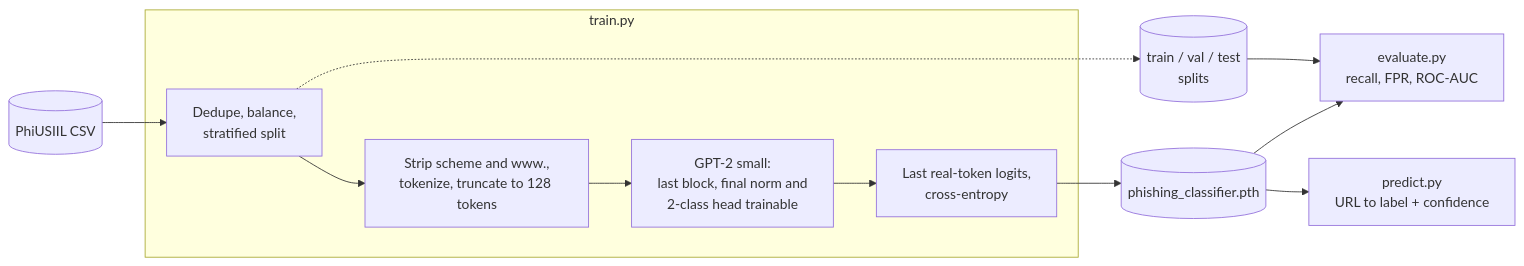
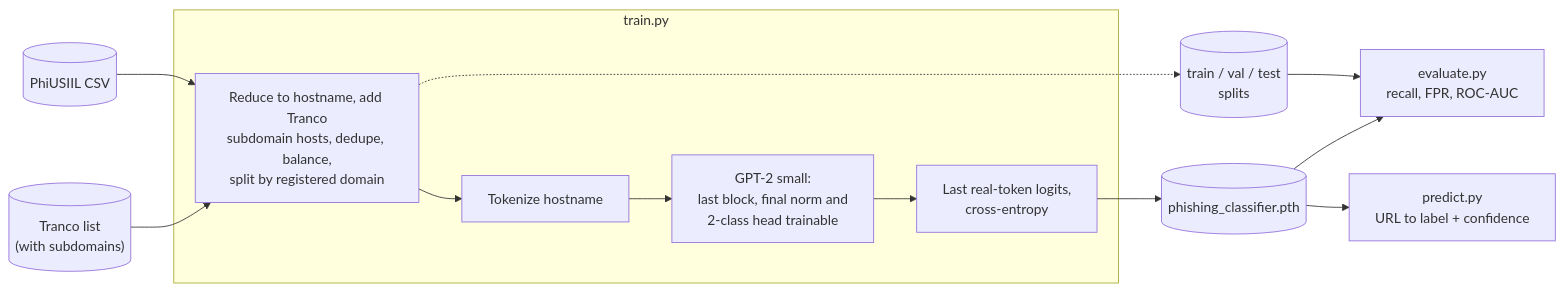
One commit to Kluey/URL-Phishing-Classifier changed the diagram in README.md. Above: the diagram before and after it, drawn with Mermaid. The commit also changed other lines of this file, not shown here.

Commit message:
docs: describe the hostname model, threshold choice and lessons

````diff
--- a/README.md
+++ b/README.md
@@ -27,17 +30,18 @@
 ```mermaid
 flowchart LR
     raw[("PhiUSIIL CSV")] --> prep
+    tranco[("Tranco list<br/>(with subdomains)")] --> prep
 
     subgraph train["train.py"]
-        prep["Dedupe, balance,<br/>stratified split"] --> tok["Strip scheme and www.,<br/>tokenize, truncate to 128 tokens"]
+        prep["Reduce to hostname, add Tranco<br/>subdomain hosts, dedupe, balance,<br/>split by registered domain"] --> tok["Tokenize hostname"]
         tok --> gpt["GPT-2 small:<br/>last block, final norm and<br/>2-class head trainable"]
         gpt --> loss["Last real-token logits,<br/>cross-entropy"]
     end
 
     prep -.-> splits[("train / val / test<br/>splits")]
     loss --> weights[("phishing_classifier.pth")]
 
     splits --> evaluate["evaluate.py<br/>recall, FPR, ROC-AUC"]
     weights --> evaluate
     weights --> classify["predict.py<br/>URL to label + confidence"]
 ```
````
